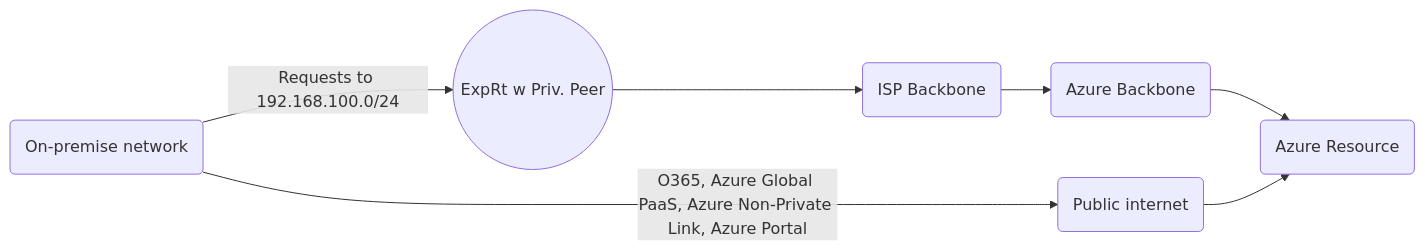
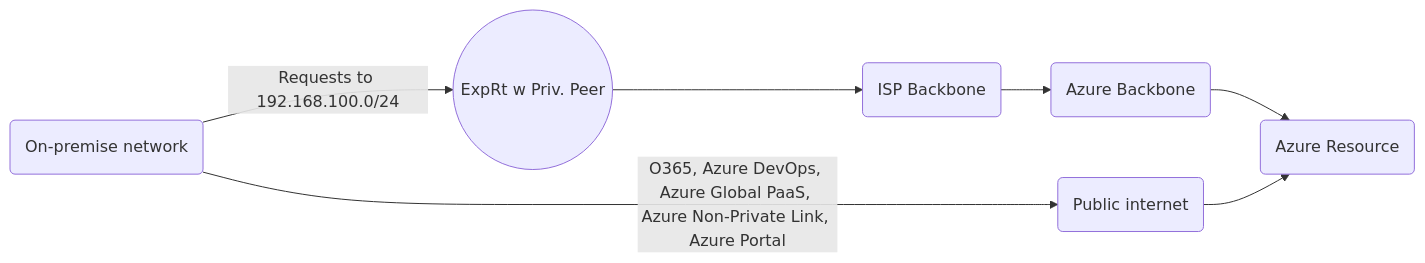
One commit to bigtoga/Examples changed the second of 4 diagrams in Cloud - Azure/Azure Virtual Networks/ExpressRoute and S2S VPN.md. Above: the diagram before and after it, drawn with Mermaid. The commit also changed other lines of this file, not shown here.

````diff
--- a/Cloud - Azure/Azure Virtual Networks/ExpressRoute and S2S VPN.md
+++ b/Cloud - Azure/Azure Virtual Networks/ExpressRoute and S2S VPN.md
@@ -88,9 +88,9 @@
 ```mermaid
 graph LR
     A(On-premise network) -- Requests to 192.168.100.0/24 --> B((ExpRt w Priv. Peer))
     B --> C(ISP Backbone)
     C --> D(Azure Backbone)
     D --> E(Azure Resource)
-    A -- O365, Azure Global PaaS, Azure Non-Private Link, Azure Portal --> F(Public internet)
+    A -- O365, Azure DevOps, Azure Global PaaS, Azure Non-Private Link, Azure Portal --> F(Public internet)
     F --> E
 ```    
````
